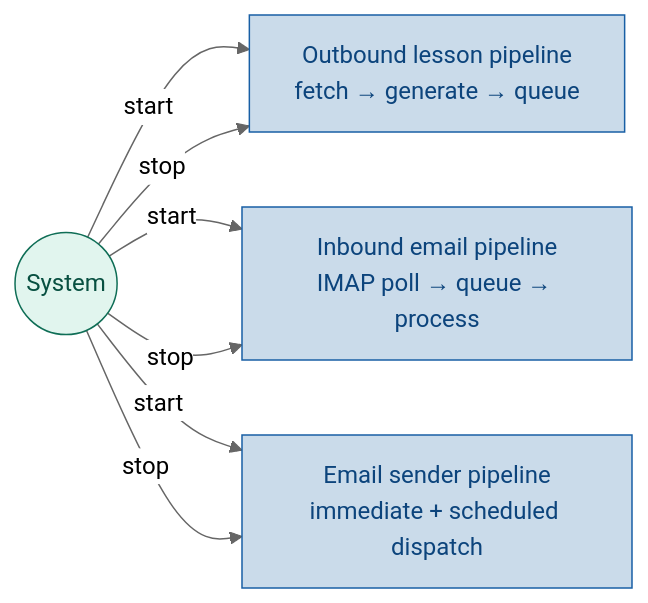
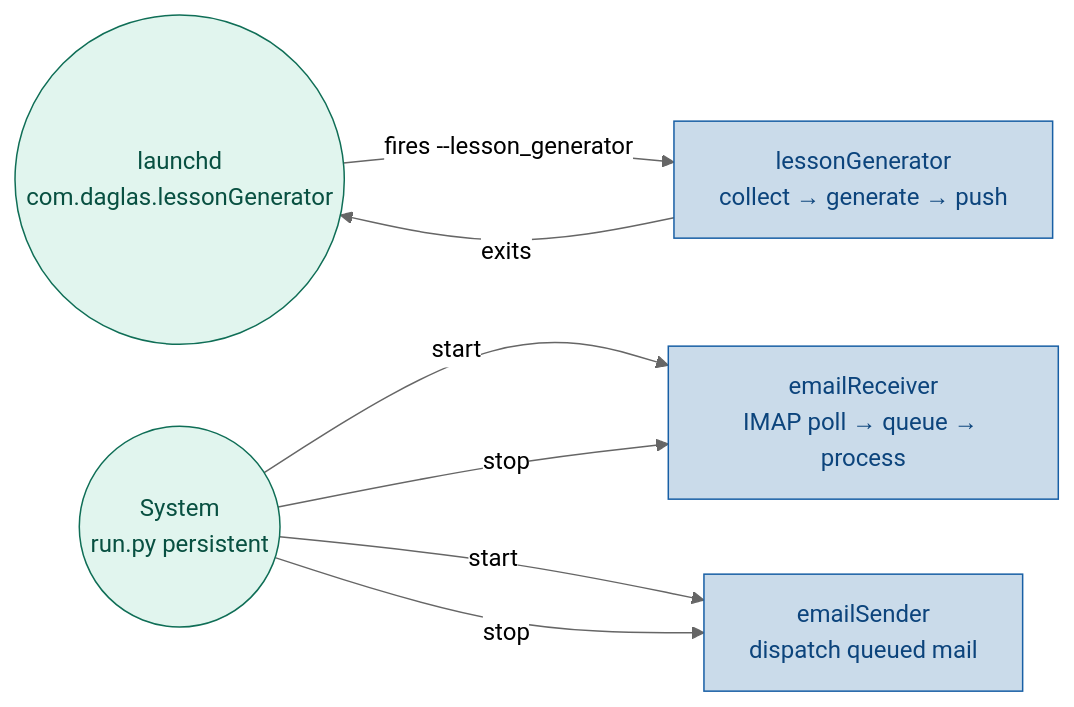
The second of 2 diagrams in tasks/run.md (yunfei-ma/daglas), drawn with Mermaid (neutral theme) before and after one commit. The commit also changed other lines of this file and 16 other files, not shown here.

````diff
--- a/tasks/run.md
+++ b/tasks/run.md
@@ -60,18 +67,20 @@
 ```mermaid
 graph LR
     classDef actor  fill:#E1F5EE,stroke:#0F6E56,color:#085041
-    classDef pipe   fill:#cadbea,stroke:#185FA5,color:#0C447C
+    classDef svc    fill:#cadbea,stroke:#185FA5,color:#0C447C
 
-    Sys(("System")):::actor
+    LD(("launchd<br/>com.daglas.lessonGenerator")):::actor
+    Sys(("System<br/>run.py persistent")):::actor
 
-    Out["Outbound lesson pipeline<br/>fetch → generate → queue"]:::pipe
-    In["Inbound email pipeline<br/>IMAP poll → queue → process"]:::pipe
-    Send["Email sender pipeline<br/>immediate + scheduled dispatch"]:::pipe
+    LG["lessonGenerator<br/>collect → generate → push"]:::svc
+    ER["emailReceiver<br/>IMAP poll → queue → process"]:::svc
+    ES["emailSender<br/>dispatch queued mail"]:::svc
 
-    Sys -->|start| Out
-    Sys -->|start| In
-    Sys -->|start| Send
-    Sys -->|stop| Out
-    Sys -->|stop| In
-    Sys -->|stop| Send
+    LD -->|fires --lesson_generator| LG
+    LG -->|exits| LD
+
+    Sys -->|start| ER
+    Sys -->|start| ES
+    Sys -->|stop| ER
+    Sys -->|stop| ES
 ```
````
